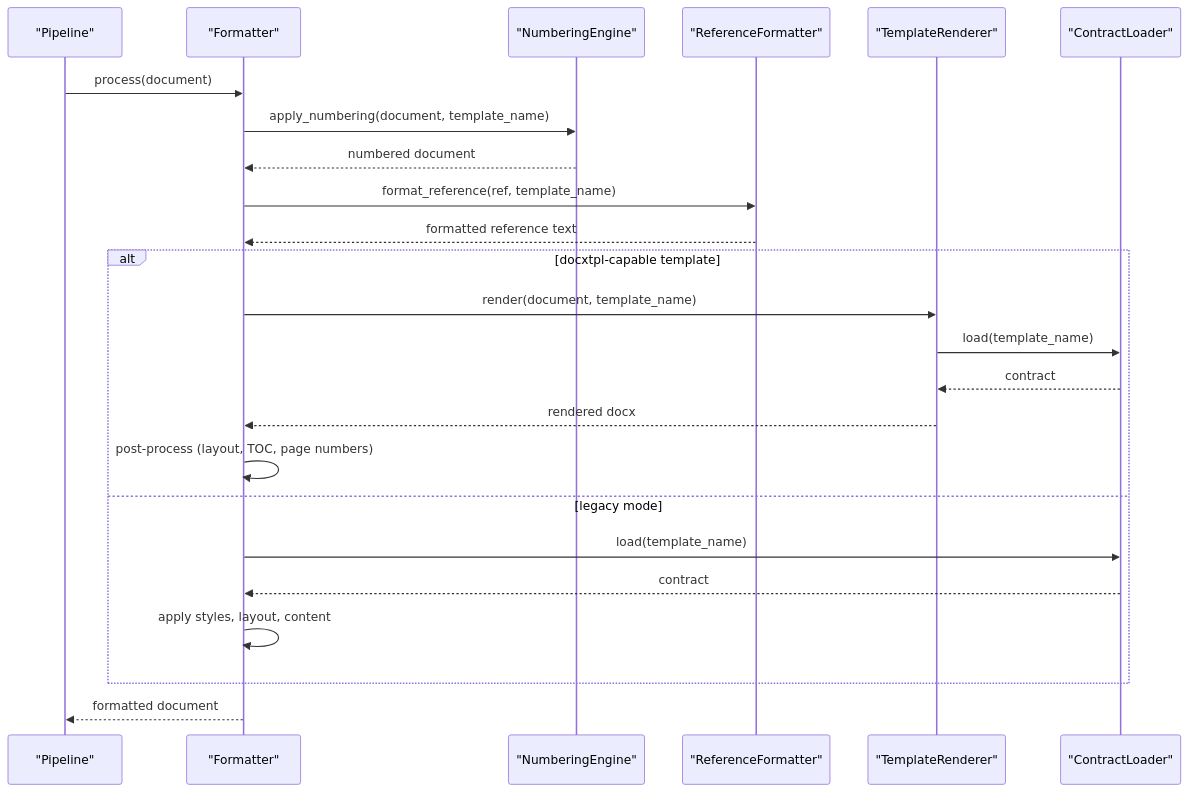
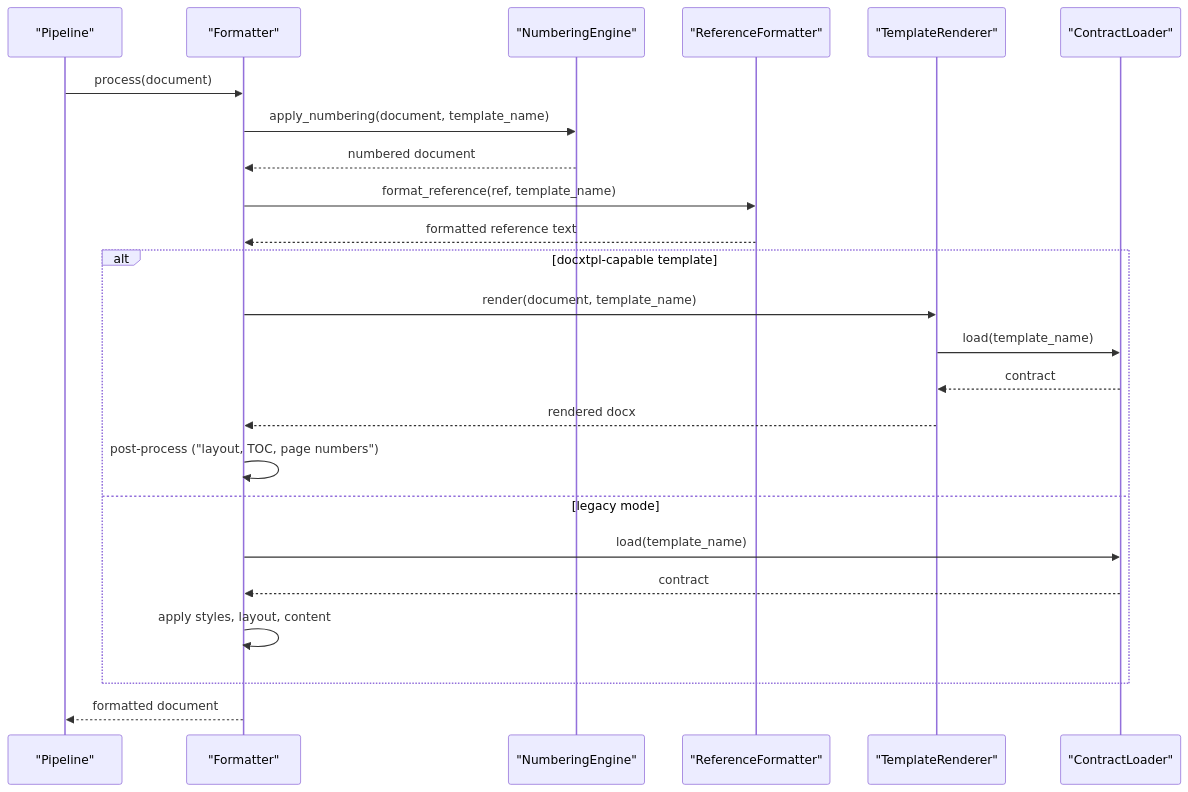
One commit to rohitkumarnaidu/ScholarFormAI changed the second of 9 diagrams in docs/docs/knowledge/Pipeline Processing/Formatting Engine.md. Above: the diagram before and after it, drawn with Mermaid. The commit also changed other lines of this file and 611 other files, not shown here.

````diff
--- a/docs/docs/knowledge/Pipeline Processing/Formatting Engine.md
+++ b/docs/docs/knowledge/Pipeline Processing/Formatting Engine.md
@@ -134,26 +134,26 @@
 ```mermaid
 sequenceDiagram
 participant Client as "Pipeline"
 participant Formatter as "Formatter"
 participant Num as "NumberingEngine"
 participant Ref as "ReferenceFormatter"
 participant Tmpl as "TemplateRenderer"
 participant Loader as "ContractLoader"
 Client->>Formatter : process(document)
 Formatter->>Num : apply_numbering(document, template_name)
 Num-->>Formatter : numbered document
 Formatter->>Ref : format_reference(ref, template_name)
 Ref-->>Formatter : formatted reference text
 alt docxtpl-capable template
 Formatter->>Tmpl : render(document, template_name)
 Tmpl->>Loader : load(template_name)
 Loader-->>Tmpl : contract
 Tmpl-->>Formatter : rendered docx
-Formatter->>Formatter : post-process (layout, TOC, page numbers)
+Formatter->>Formatter : post-process ("layout, TOC, page numbers")
 else legacy mode
 Formatter->>Loader : load(template_name)
 Loader-->>Formatter : contract
 Formatter->>Formatter : apply styles, layout, content
 end
 Formatter-->>Client : formatted document
 ```
````
